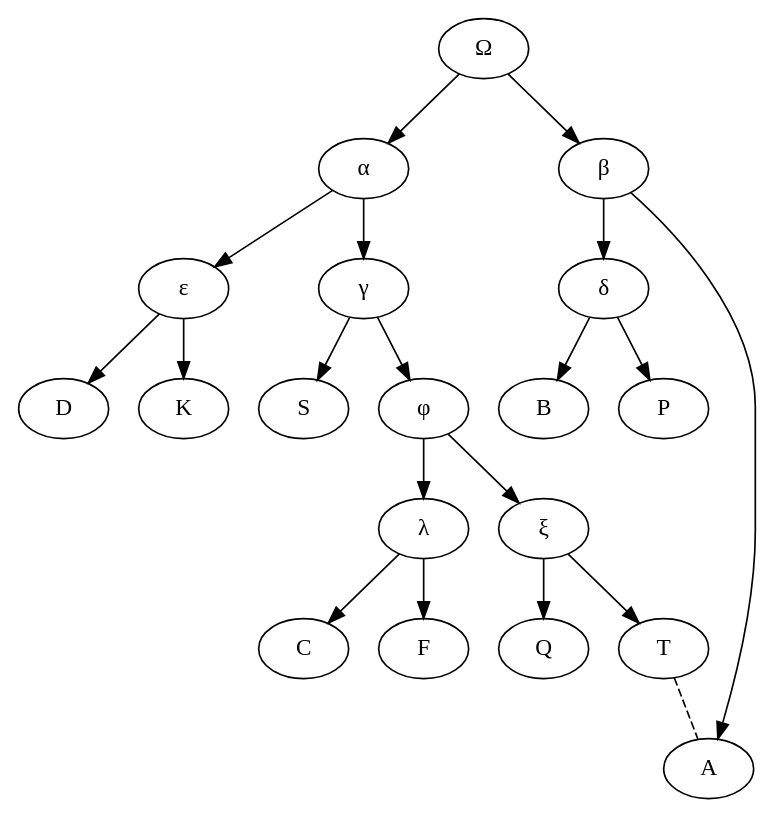
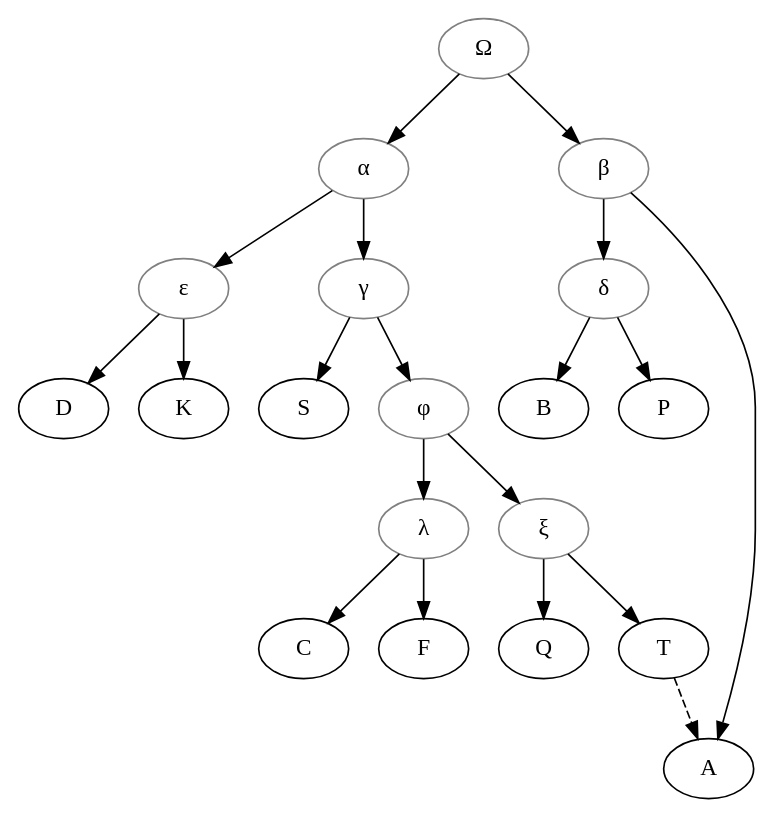
The diagram in data/gez/AmsaluTefera_2015_DersanaSayon/stemma.gv (OpenStemmata/database), drawn with Graphviz before and after one commit. The commit also changed 16 other files, not shown here.

```diff
--- a/data/gez/AmsaluTefera_2015_DersanaSayon/stemma.gv
+++ b/data/gez/AmsaluTefera_2015_DersanaSayon/stemma.gv
@@ -1,36 +1,36 @@
 digraph {
     omega -> alpha;
     omega -> beta;
 
     beta -> delta;
     beta -> A;
     delta -> B;
     delta -> P;
 
     alpha -> epsilon;
     epsilon -> D;
     epsilon -> K;
 
     alpha-> gamma;
     gamma -> S;
 
     gamma ->  phi;
     phi -> lambda;
     phi -> xi;
     lambda -> C;
     lambda -> F;
     xi -> Q;
     xi -> T;
 
-    T  -> A [dir = "none", style="dashed"];
+    T  -> A [style="dashed"];
 
-    omega [label = "Ω"];
-    alpha [label = "α"];
-    beta [label = "β"];
-    delta [label = "δ"];
-    gamma [label = "γ"];
-    phi [label = "φ"];
-    lambda [label = "λ"];
-    xi [label="ξ"];
-    epsilon [label = "ε"];
+    omega [label = "Ω", color="grey"];
+    alpha [label = "α", color="grey"];
+    beta [label = "β", color="grey"];
+    delta [label = "δ", color="grey"];
+    gamma [label = "γ", color="grey"];
+    phi [label = "φ", color="grey"];
+    lambda [label = "λ", color="grey"];
+    xi [label="ξ", color="grey"];
+    epsilon [label = "ε", color="grey"];
 }
```
